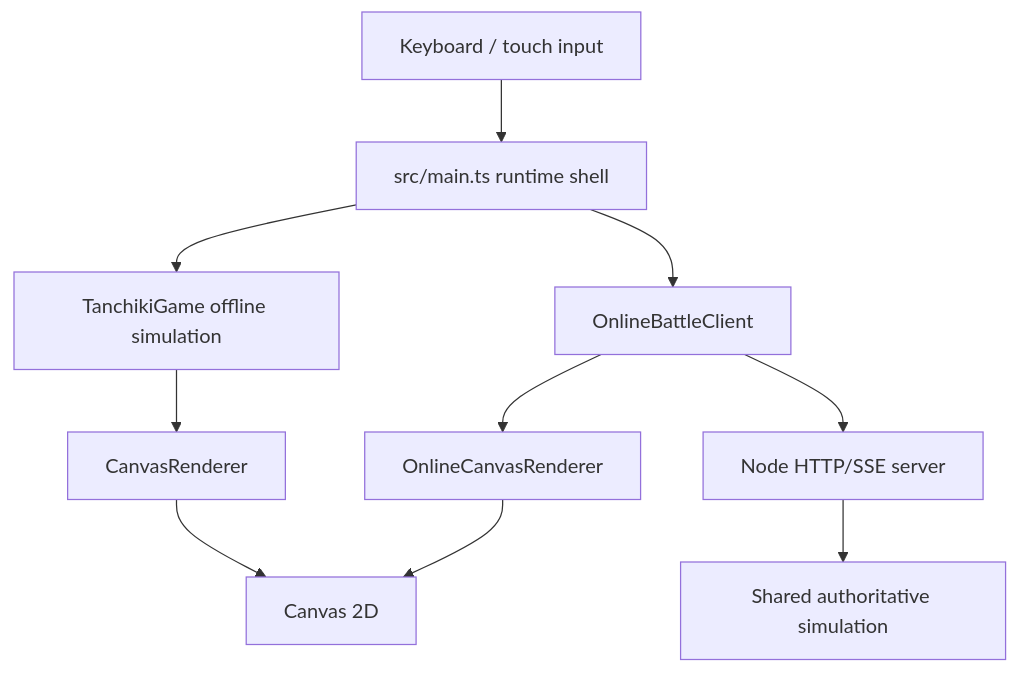
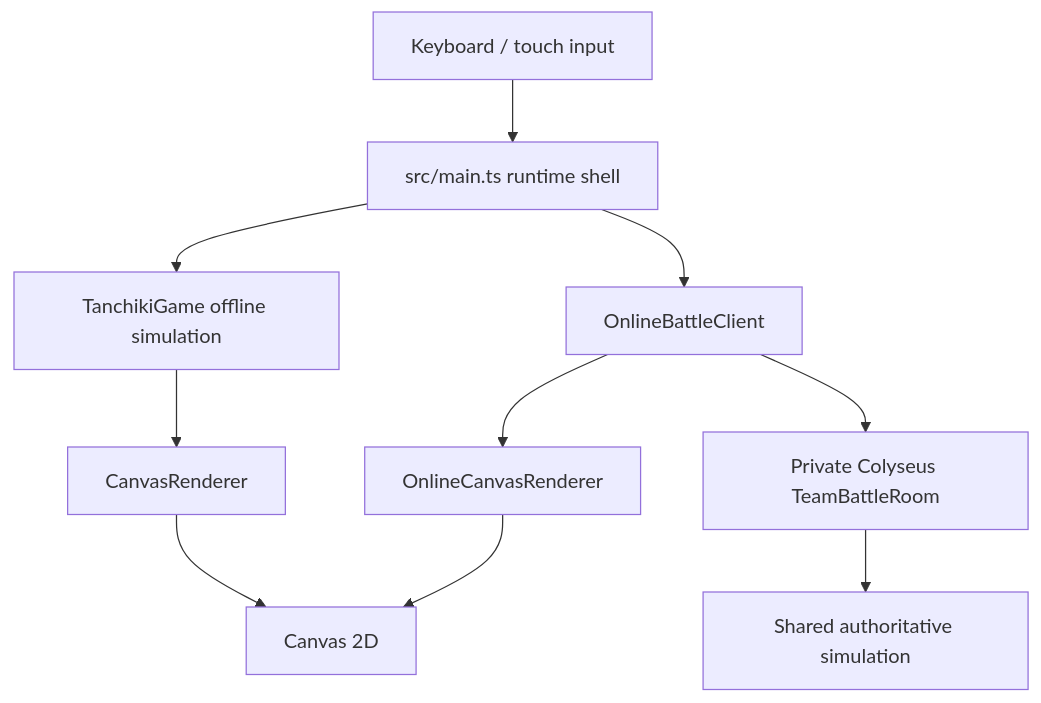
One commit to urkrass/tanchiki2 changed the diagram in README.md. Above: the diagram before and after it, drawn with Mermaid. The commit also changed other lines of this file and 57 other files, not shown here.

First line of the commit message:
TANCHIKI2-ONLINE-BATTLE-COLYSEUS-V1: private team battle MVP (#107)

````diff
--- a/README.md
+++ b/README.md
@@ -113,12 +113,12 @@
 ```mermaid
 flowchart TD
     Input["Keyboard / touch input"] --> Shell["src/main.ts runtime shell"]
     Shell --> Offline["TanchikiGame offline simulation"]
     Shell --> Online["OnlineBattleClient"]
     Offline --> OfflineRender["CanvasRenderer"]
-    Online --> Server["Node HTTP/SSE server"]
+    Online --> Server["Private Colyseus TeamBattleRoom"]
     Server --> Shared["Shared authoritative simulation"]
     Online --> OnlineRender["OnlineCanvasRenderer"]
     OfflineRender --> Canvas["Canvas 2D"]
     OnlineRender --> Canvas
 ```
````
